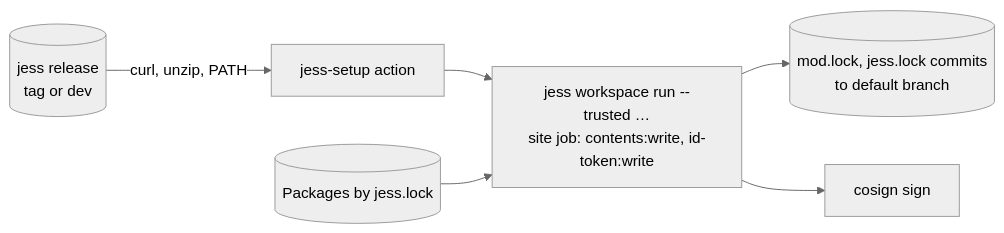
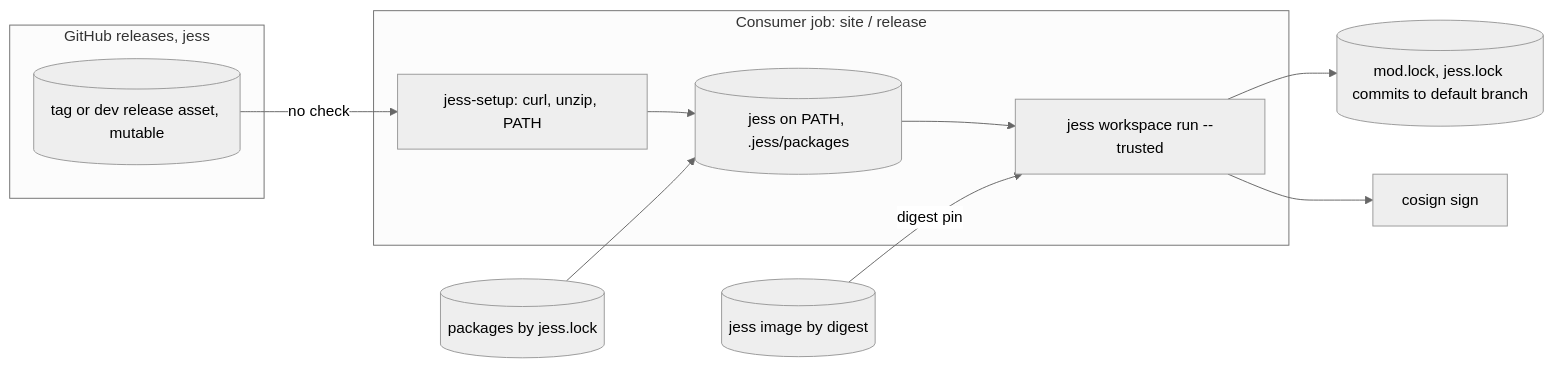
The second of 5 diagrams in docs/sec/SEC-101-threat-model.md (DreamWeave-MP/StroggForge), drawn with Mermaid (neutral theme) before and after one commit. The commit also changed other lines of this file and 28 other files, not shown here.

````diff
--- a/docs/sec/SEC-101-threat-model.md
+++ b/docs/sec/SEC-101-threat-model.md
@@ -93,8 +177,16 @@
 ```mermaid
 flowchart LR
-  rel[(jess release<br/>tag or dev)] -->|"curl, unzip, PATH"| setup[jess-setup action]
-  setup --> run["jess workspace run --trusted …<br/>site job: contents:write, id-token:write"]
-  pkgs[(Packages by jess.lock)] --> run
-  run --> commit[(mod.lock, jess.lock commits<br/>to default branch)]
+  subgraph gh[GitHub releases, jess]
+    rel[(tag or dev release asset, mutable)]
+  end
+  subgraph job[Consumer job: site / release]
+    setup[jess-setup: curl, unzip, PATH]
+    path[(jess on PATH, .jess/packages)]
+    run["jess workspace run --trusted"]
+  end
+  rel -->|no check| setup --> path --> run
+  img[(jess image by digest)] -->|digest pin| run
+  pkgs[(packages by jess.lock)] --> path
+  run --> commit[(mod.lock, jess.lock commits to default branch)]
   run --> sign[cosign sign]
 ```
````
